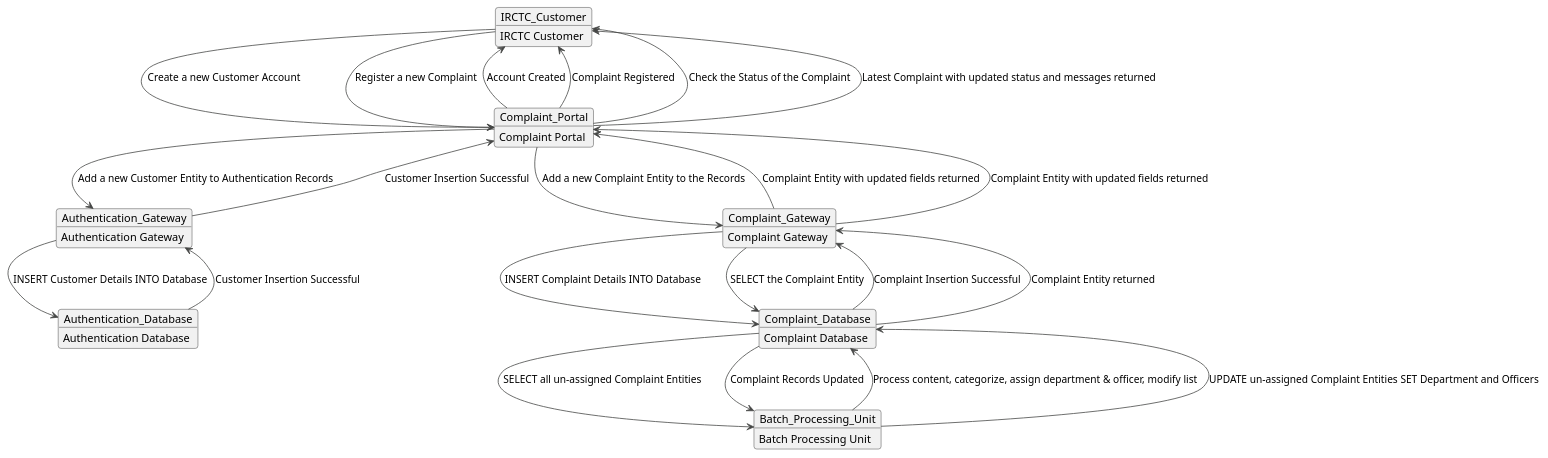
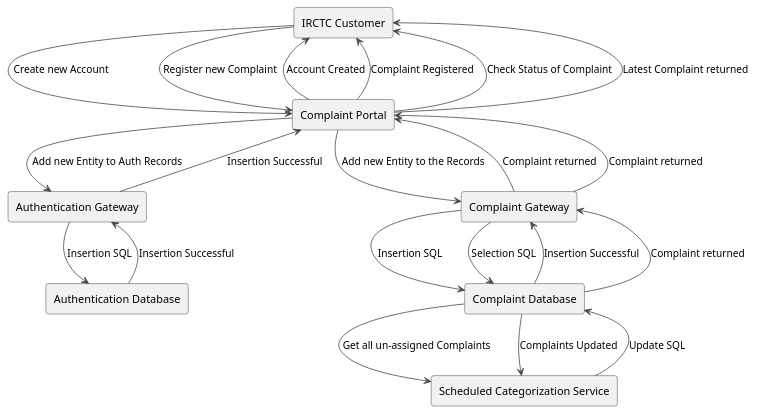
Before and after one commit to Anikate-De/rail-madad: the diagram in uml/collaboration/customer/customer_collaboration.plantuml, drawn with PlantUML. The commit also changed 1 other file, not shown here.

Commit message:
updated customer collaboration diagram

```diff
--- a/uml/collaboration/customer/customer_collaboration.plantuml
+++ b/uml/collaboration/customer/customer_collaboration.plantuml
@@ -1,56 +1,29 @@
 @startuml
 !theme vibrant
-object IRCTC_Customer {
-    IRCTC Customer
-}
+skinparam componentstyle rectangle
 
-object Complaint_Portal {
-    Complaint Portal
-}
+[IRCTC Customer] --> [Complaint Portal] : Create new Account
+[Complaint Portal] --> [Authentication Gateway] : Add new Entity to Auth Records
+[Authentication Gateway] --> [Authentication Database] : Insertion SQL
+[Authentication Database] --> [Authentication Gateway] : Insertion Successful
+[Authentication Gateway] --> [Complaint Portal] : Insertion Successful
+[Complaint Portal] --> [IRCTC Customer] : Account Created
 
-object Authentication_Gateway {
-    Authentication Gateway
-}
+[IRCTC Customer] --> [Complaint Portal] : Register new Complaint
+[Complaint Portal] --> [Complaint Gateway] : Add new Entity to the Records
+[Complaint Gateway] --> [Complaint Database] : Insertion SQL
+[Complaint Database] --> [Complaint Gateway] : Insertion Successful
+[Complaint Gateway] --> [Complaint Portal] : Complaint returned
+[Complaint Portal] --> [IRCTC Customer] : Complaint Registered
 
-object Complaint_Gateway {
-    Complaint Gateway
-}
+[Complaint Database] --> [Scheduled Categorization Service] : Get all un-assigned Complaints
+[Scheduled Categorization Service] --> [Complaint Database] : Update SQL
+[Complaint Database] --> [Scheduled Categorization Service] : Complaints Updated
 
-object Authentication_Database {
-    Authentication Database
-}
-
-object Complaint_Database {
-    Complaint Database
-}
-
-object Batch_Processing_Unit {
-    Batch Processing Unit
-}
-
-IRCTC_Customer --> Complaint_Portal : Create a new Customer Account
-Complaint_Portal --> Authentication_Gateway : Add a new Customer Entity to Authentication Records
-Authentication_Gateway --> Authentication_Database : INSERT Customer Details INTO Database
-Authentication_Database --> Authentication_Gateway : Customer Insertion Successful
-Authentication_Gateway --> Complaint_Portal : Customer Insertion Successful
-Complaint_Portal --> IRCTC_Customer : Account Created
-
-IRCTC_Customer --> Complaint_Portal : Register a new Complaint
-Complaint_Portal --> Complaint_Gateway : Add a new Complaint Entity to the Records
-Complaint_Gateway --> Complaint_Database : INSERT Complaint Details INTO Database
-Complaint_Database --> Complaint_Gateway : Complaint Insertion Successful
-Complaint_Gateway --> Complaint_Portal : Complaint Entity with updated fields returned
-Complaint_Portal --> IRCTC_Customer : Complaint Registered
-
-Complaint_Database --> Batch_Processing_Unit : SELECT all un-assigned Complaint Entities
-Batch_Processing_Unit --> Complaint_Database : Process content, categorize, assign department & officer, modify list
-Batch_Processing_Unit --> Complaint_Database : UPDATE un-assigned Complaint Entities SET Department and Officers
-Complaint_Database --> Batch_Processing_Unit : Complaint Records Updated
-
-Complaint_Portal --> IRCTC_Customer : Check the Status of the Complaint
-Complaint_Gateway --> Complaint_Database : SELECT the Complaint Entity
-Complaint_Database --> Complaint_Gateway : Complaint Entity returned
-Complaint_Gateway --> Complaint_Portal : Complaint Entity with updated fields returned
-Complaint_Portal --> IRCTC_Customer : Latest Complaint with updated status and messages returned
+[Complaint Portal] --> [IRCTC Customer] : Check Status of Complaint
+[Complaint Gateway] --> [Complaint Database] : Selection SQL
+[Complaint Database] --> [Complaint Gateway] : Complaint returned
+[Complaint Gateway] --> [Complaint Portal] : Complaint returned
+[Complaint Portal] --> [IRCTC Customer] : Latest Complaint returned
 
 @enduml
```
